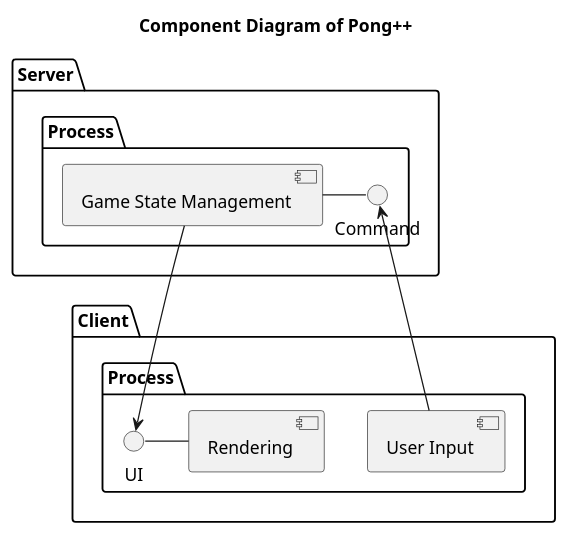
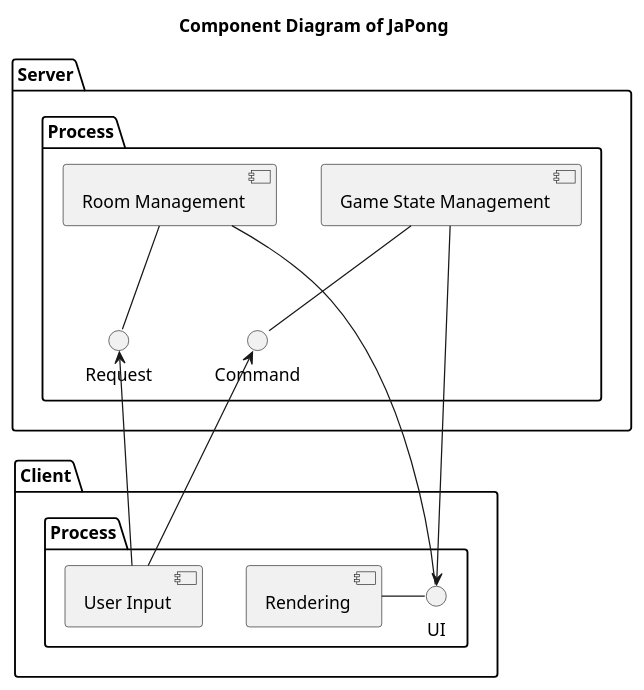
The diagram in document/uml/component.plantuml (uztbt/pong), drawn with PlantUML before and after one commit. The commit also changed 9 other files, not shown here.

```diff
--- a/document/uml/component.plantuml
+++ b/document/uml/component.plantuml
@@ -1,20 +1,26 @@
 @startuml
 
-title "Component Diagram of Pong++"
+title "Component Diagram of JaPong"
 
 package Server {
     folder "Process" as serverProcess {
         [Game State Management]
-        Command -left- [Game State Management]
+        interface "Command" as GamaStateManagementCommand
+        [Game State Management] -- GamaStateManagementCommand
+        [Room Management]
+        interface "Request" as RoomManagementCommand
+        [Room Management] -- RoomManagementCommand
     }
 }
 
 package Client {
     folder "Process" as clientProcess {
         [Rendering] -right- UI
         [Game State Management] -down-> UI
-        [User Input] -up-> Command
+        [Room Management] - UI
+        [User Input] -up-> GamaStateManagementCommand
+        [User Input] -up-> RoomManagementCommand
     }
 }
 
 @enduml
```
